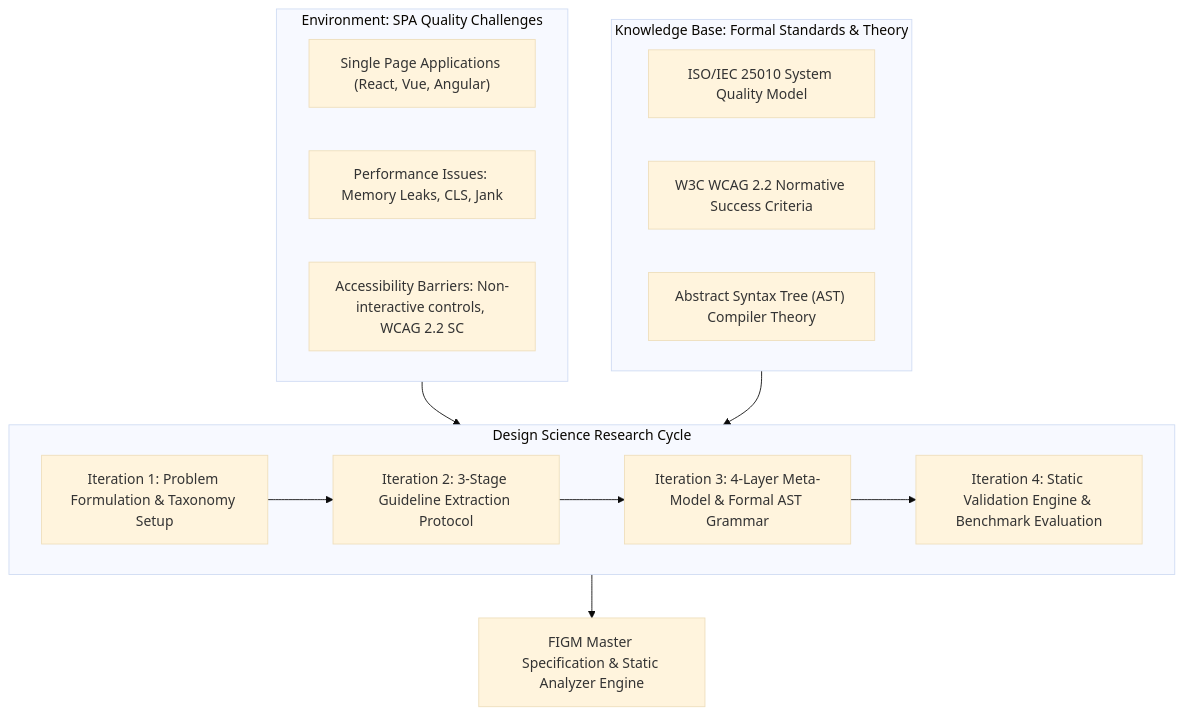
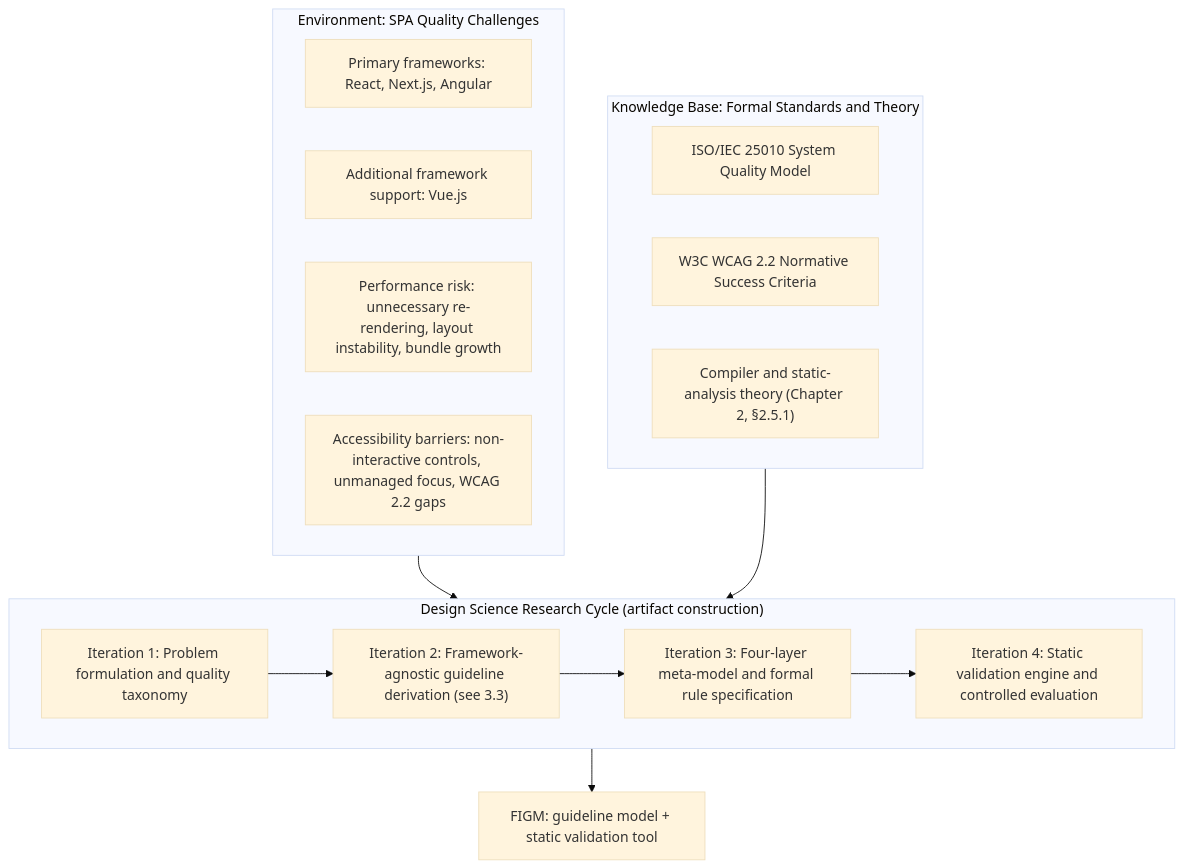
The diagram in docs/dissertation/chapter3_methodology.md (ssanjula2/FIGM), drawn with Mermaid (base theme) before and after one commit. The commit also changed other lines of this file and 244 other files, not shown here.

````diff
--- a/docs/dissertation/chapter3_methodology.md
+++ b/docs/dissertation/chapter3_methodology.md
@@ -7,27 +19,28 @@
 ```mermaid
 flowchart TD
     subgraph Environment ["Environment: SPA Quality Challenges"]
-        E1["Single Page Applications (React, Vue, Angular)"]
-        E2["Performance Issues: Memory Leaks, CLS, Jank"]
-        E3["Accessibility Barriers: Non-interactive controls, WCAG 2.2 SC"]
+        E1["Primary frameworks: React, Next.js, Angular"]
+        E1b["Additional framework support: Vue.js"]
+        E2["Performance risk: unnecessary re-rendering, layout instability, bundle growth"]
+        E3["Accessibility barriers: non-interactive controls, unmanaged focus, WCAG 2.2 gaps"]
     end
 
-    subgraph DSRCycle ["Design Science Research Cycle"]
-        D1["Iteration 1: Problem Formulation & Taxonomy Setup"]
-        D2["Iteration 2: 3-Stage Guideline Extraction Protocol"]
-        D3["Iteration 3: 4-Layer Meta-Model & Formal AST Grammar"]
-        D4["Iteration 4: Static Validation Engine & Benchmark Evaluation"]
+    subgraph DSRCycle ["Design Science Research Cycle (artifact construction)"]
+        D1["Iteration 1: Problem formulation and quality taxonomy"]
+        D2["Iteration 2: Framework-agnostic guideline derivation (see 3.3)"]
+        D3["Iteration 3: Four-layer meta-model and formal rule specification"]
+        D4["Iteration 4: Static validation engine and controlled evaluation"]
 
         D1 --> D2 --> D3 --> D4
     end
 
-    subgraph KnowledgeBase ["Knowledge Base: Formal Standards & Theory"]
+    subgraph KnowledgeBase ["Knowledge Base: Formal Standards and Theory"]
         K1["ISO/IEC 25010 System Quality Model"]
         K2["W3C WCAG 2.2 Normative Success Criteria"]
-        K3["Abstract Syntax Tree (AST) Compiler Theory"]
+        K3["Compiler and static-analysis theory (Chapter 2, §2.5.1)"]
     end
 
     Environment --> DSRCycle
     KnowledgeBase --> DSRCycle
-    DSRCycle --> Artifact["FIGM Master Specification & Static Analyzer Engine"]
+    DSRCycle --> Artifact["FIGM: guideline model + static validation tool"]
 ```
````
